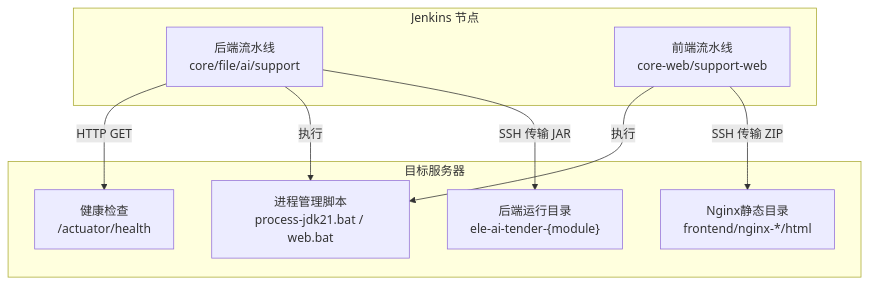
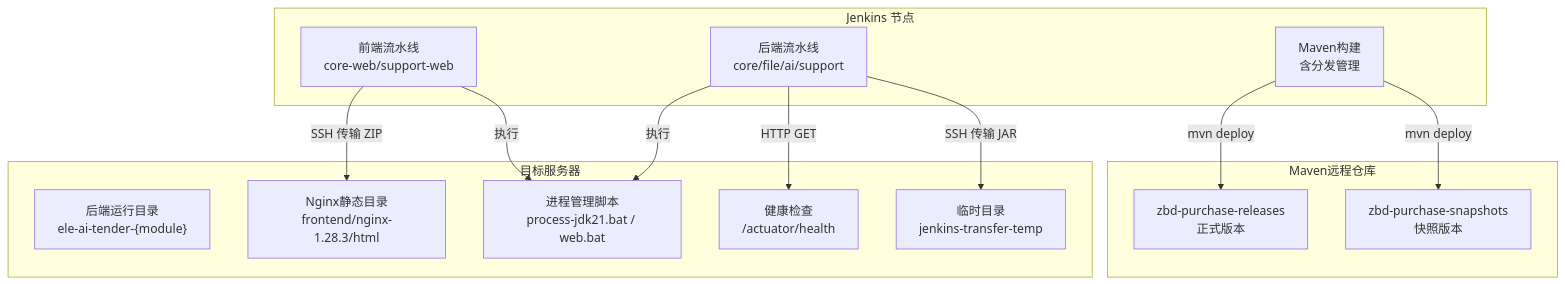
The second of 6 diagrams in .qoder/repowiki/zh/content/部署运维/CI_CD流水线.md (DrunkFood/First), drawn with Mermaid before and after one commit. The commit also changed other lines of this file and 66 other files, not shown here.

````diff
--- a/.qoder/repowiki/zh/content/部署运维/CI_CD流水线.md
+++ b/.qoder/repowiki/zh/content/部署运维/CI_CD流水线.md
@@ -109,18 +127,26 @@
 ```mermaid
 graph TB
 subgraph "Jenkins 节点"
 A["后端流水线<br/>core/file/ai/support"]
 B["前端流水线<br/>core-web/support-web"]
+C["Maven构建<br/>含分发管理"]
 end
 subgraph "目标服务器"
 S1["后端运行目录<br/>ele-ai-tender-{module}"]
-S2["Nginx静态目录<br/>frontend/nginx-*/html"]
+S2["Nginx静态目录<br/>frontend/nginx-1.28.3/html"]
 P["进程管理脚本<br/>process-jdk21.bat / web.bat"]
 H["健康检查<br/>/actuator/health"]
+T["临时目录<br/>jenkins-transfer-temp"]
 end
-A --> |SSH 传输 JAR| S1
+subgraph "Maven远程仓库"
+R1["zbd-purchase-releases<br/>正式版本"]
+R2["zbd-purchase-snapshots<br/>快照版本"]
+end
+A --> |SSH 传输 JAR| T
 A --> |执行| P
 A --> |HTTP GET| H
 B --> |SSH 传输 ZIP| S2
 B --> |执行| P
+C --> |mvn deploy| R1
+C --> |mvn deploy| R2
 ```
````
